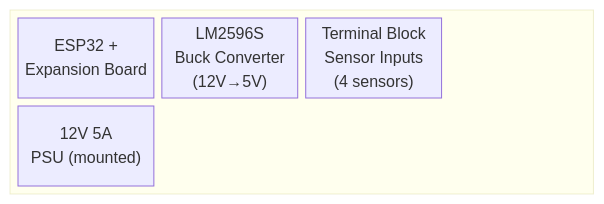
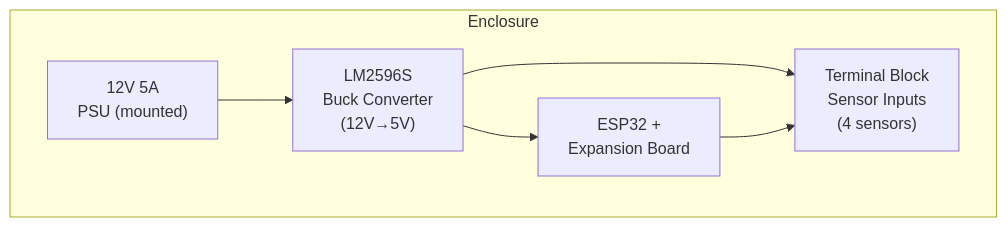
The third of 3 diagrams in docs/block-diagram.md (qppd/water-meter), drawn with Mermaid before and after one commit. The commit also changed other lines of this file and 1 other file, not shown here.

Commit message:
Fix all mermaid diagrams: replace block-beta with standard graph/flowchart, fix \n line breaks with <br/> in node/edge labels

````diff
--- a/docs/block-diagram.md
+++ b/docs/block-diagram.md
@@ -197,16 +201,14 @@
 ```mermaid
-block-beta
-    columns 4
+graph TB
+    subgraph "Enclosure"
+        ESP32Board["ESP32 +<br/>Expansion Board"]
+        BuckConv["LM2596S<br/>Buck Converter<br/>(12V→5V)"]
+        Terminal["Terminal Block<br/>Sensor Inputs<br/>(4 sensors)"]
+        PSU12["12V 5A<br/>PSU (mounted)"]
+    end
     
-    block:enclosure:4
-        columns 4
-        
-        ESP32Board["ESP32 +<br/>Expansion Board"]:1
-        
-        BuckConv["LM2596S<br/>Buck Converter<br/>(12V→5V)"]:1
-        
-        Terminal["Terminal Block<br/>Sensor Inputs<br/>(4 sensors)"]:2
-        
-        PSU12["12V 5A<br/>PSU (mounted)"]:2
-    end
+    PSU12 --> BuckConv
+    BuckConv --> ESP32Board
+    BuckConv --> Terminal
+    ESP32Board --> Terminal
 ```
````
